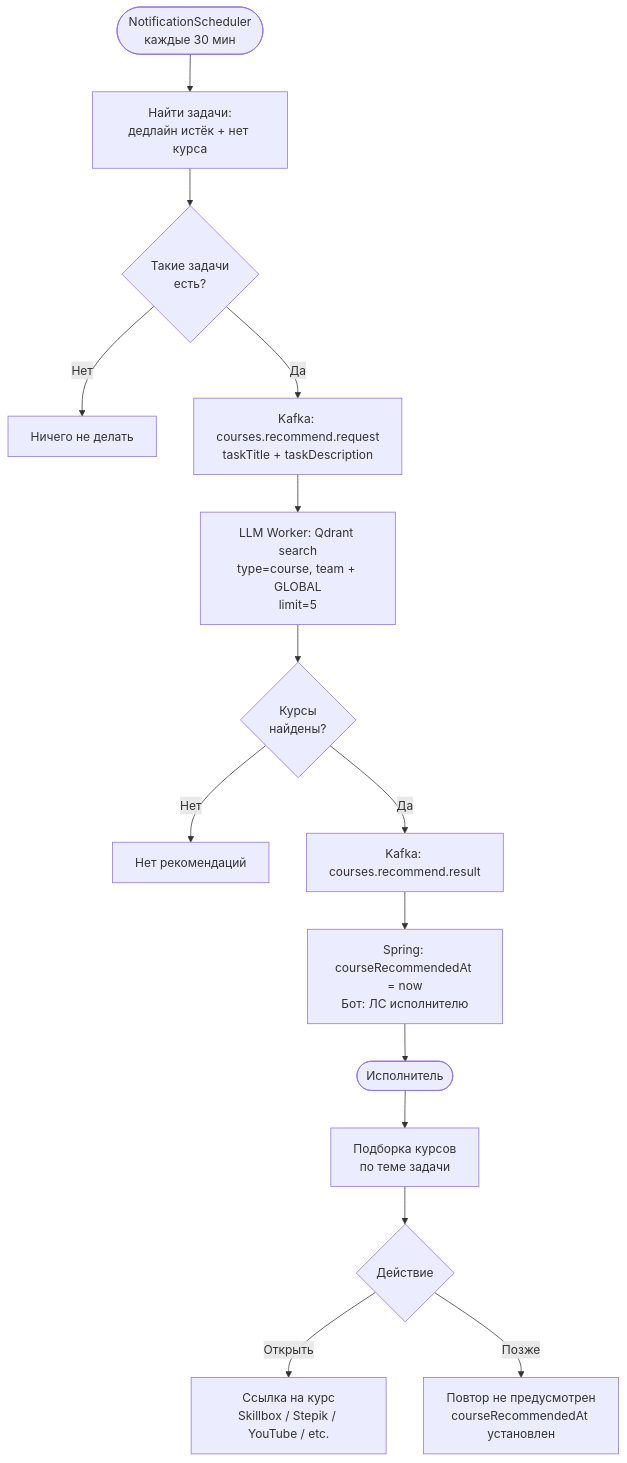
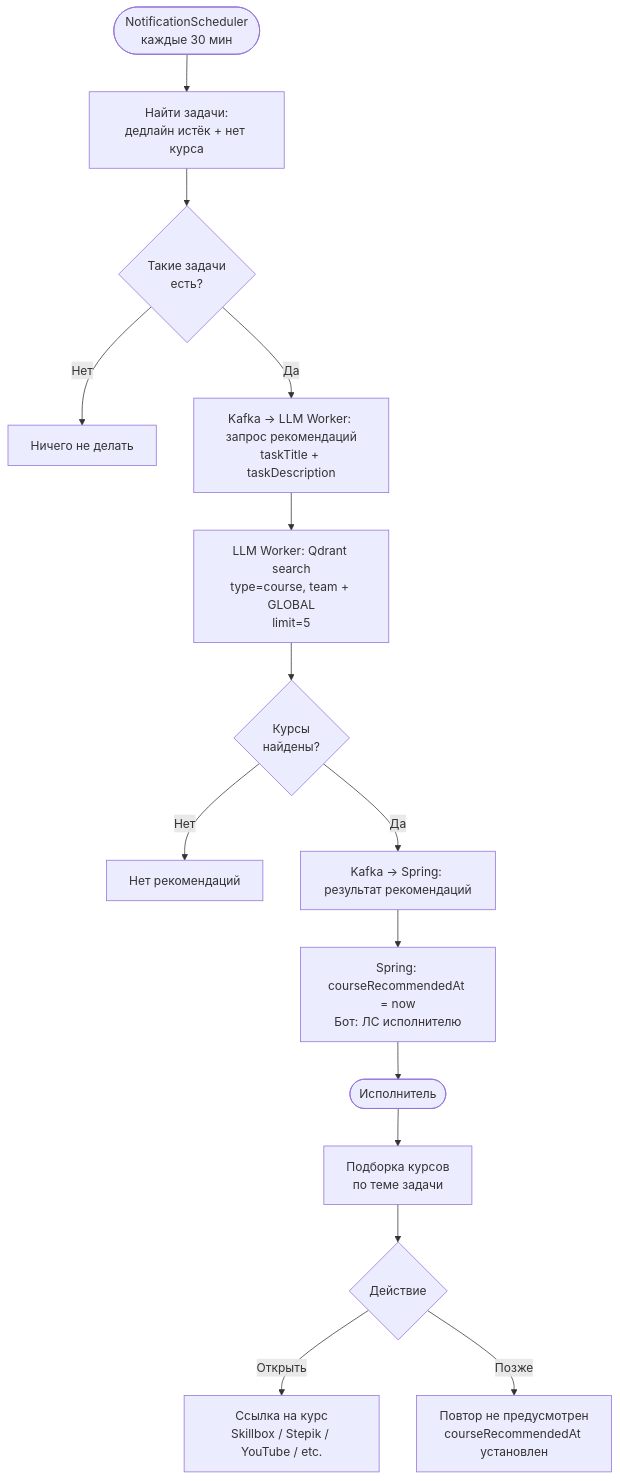
The tenth of 12 diagrams in docs/user-flows.md (42team-ru/teampilot), drawn with Mermaid before and after one commit. The commit also changed other lines of this file and 2 other files, not shown here.

````diff
--- a/docs/user-flows.md
+++ b/docs/user-flows.md
@@ -352,17 +350,17 @@
 ```mermaid
 flowchart TD
     A(["NotificationScheduler\nкаждые 30 мин"]) --> B["Найти задачи:\nдедлайн истёк + нет курса"]
     B --> C{Такие задачи\nесть?}
     C -->|Нет| D["Ничего не делать"]
-    C -->|Да| E["Kafka: courses.recommend.request\ntaskTitle + taskDescription"]
+    C -->|Да| E["Kafka → LLM Worker: запрос рекомендаций\ntaskTitle + taskDescription"]
     E --> F["LLM Worker: Qdrant search\ntype=course, team + GLOBAL\nlimit=5"]
     F --> G{Курсы\nнайдены?}
     G -->|Нет| H["Нет рекомендаций"]
-    G -->|Да| I["Kafka: courses.recommend.result"]
+    G -->|Да| I["Kafka → Spring: результат рекомендаций"]
     I --> J["Spring: courseRecommendedAt = now\nБот: ЛС исполнителю"]
     J --> K([Исполнитель])
     K --> L["Подборка курсов\nпо теме задачи"]
     L --> M{Действие}
     M -->|Открыть| N["Ссылка на курс\nSkillbox / Stepik / YouTube / etc."]
     M -->|Позже| O["Повтор не предусмотрен\ncourseRecommendedAt установлен"]
 ```
````
